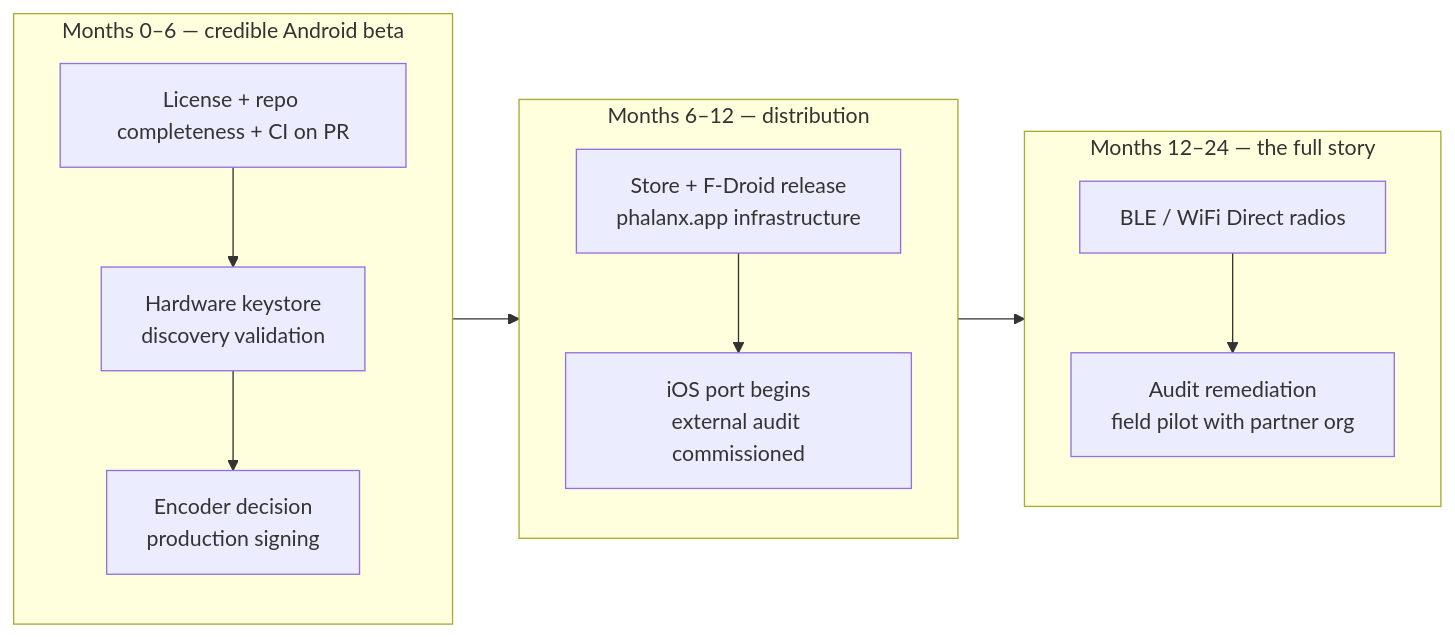
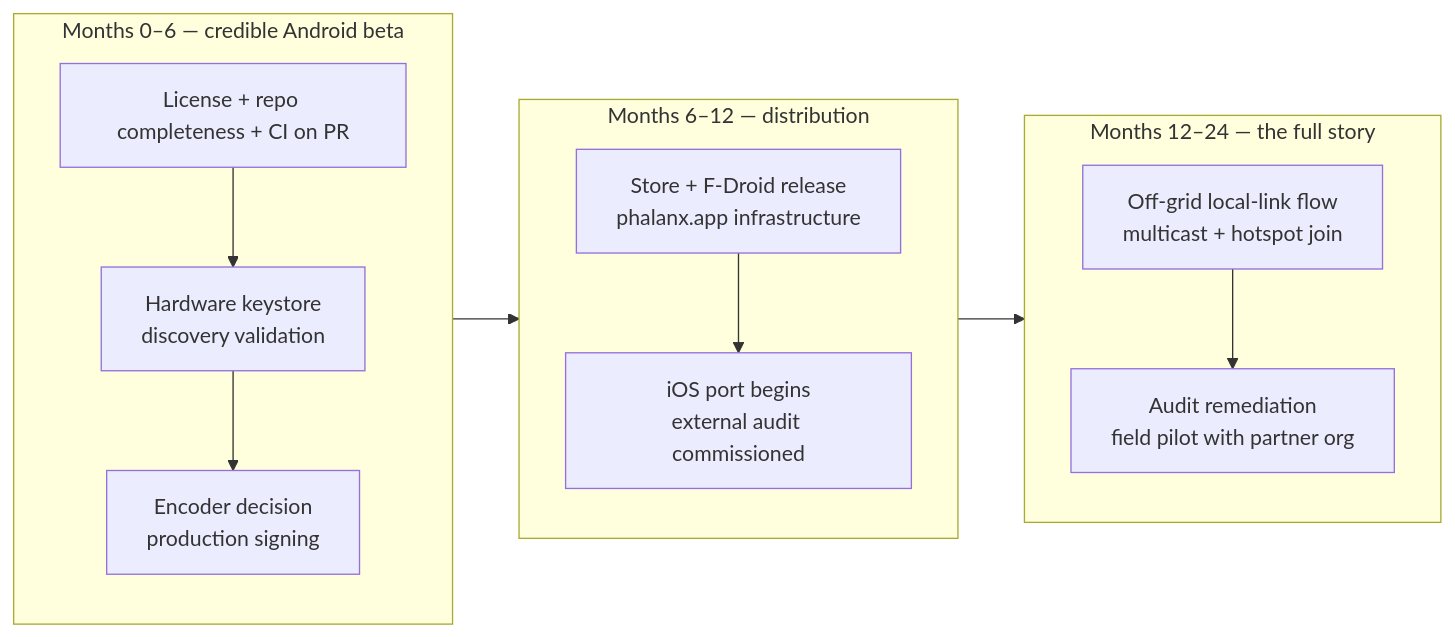
Before and after one commit to ultimatekarate/phalanx: the diagram in docs/stewardship.md, drawn with Mermaid. The commit also changed other lines of this file and 57 other files, not shown here.

````diff
--- a/docs/stewardship.md
+++ b/docs/stewardship.md
@@ -249,14 +249,14 @@
 ```mermaid
 flowchart LR
     subgraph M6["Months 0–6 — credible Android beta"]
         A[License + repo completeness + CI on PR] --> B[Hardware keystore<br/>discovery validation]
         B --> C[Encoder decision<br/>production signing]
     end
     subgraph M12["Months 6–12 — distribution"]
         D[Store + F-Droid release<br/>phalanx.app infrastructure] --> E[iOS port begins<br/>external audit commissioned]
     end
     subgraph M24["Months 12–24 — the full story"]
-        F[BLE / WiFi Direct radios] --> G[Audit remediation<br/>field pilot with partner org]
+        F[Off-grid local-link flow<br/>multicast + hotspot join] --> G[Audit remediation<br/>field pilot with partner org]
     end
     M6 --> M12 --> M24
 ```
````
